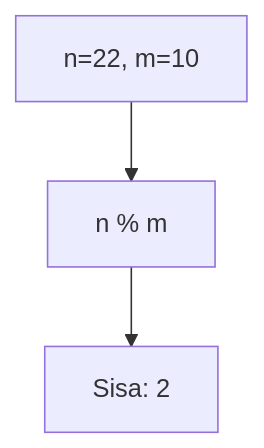
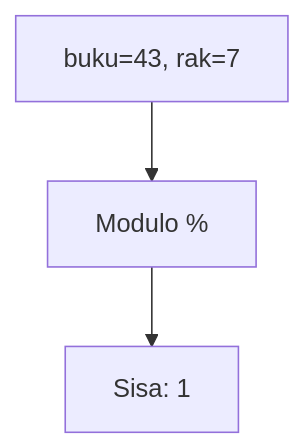
One commit to amnahwaida/OSNK_INF_PREP changed diagram 11 of 25 in part-c-pemahaman-cpp/01-tipe-data/latihan/set-08.md. Above: the diagram before and after it, drawn with Mermaid. The commit also changed other lines of this file and 71 other files, not shown here.

````diff
--- a/part-c-pemahaman-cpp/01-tipe-data/latihan/set-08.md
+++ b/part-c-pemahaman-cpp/01-tipe-data/latihan/set-08.md
@@ -267,5 +308,5 @@
 ```mermaid
 graph TD
-A["n=22, m=10"] --> B["n % m"]
-B --> C["Sisa: 2"]
+A["buku=43, rak=7"] --> B["Modulo %"]
+B --> C["Sisa: 1"]
 ```
````
